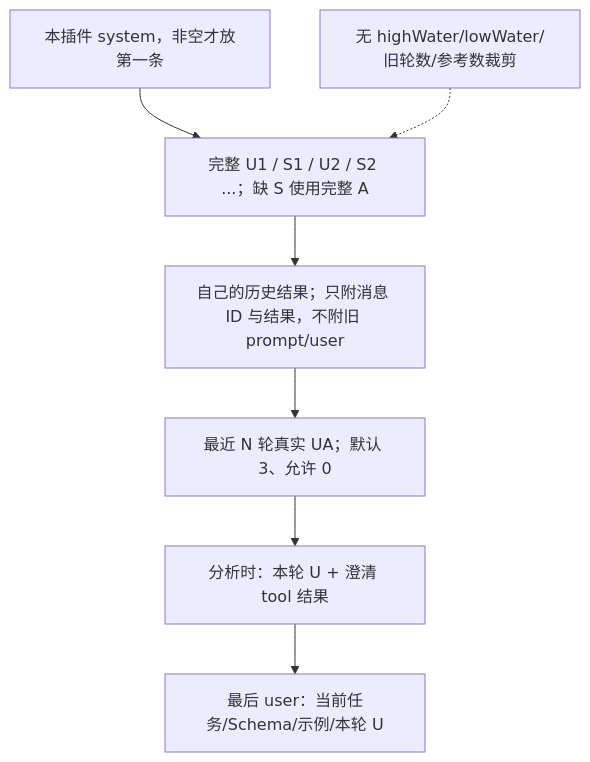
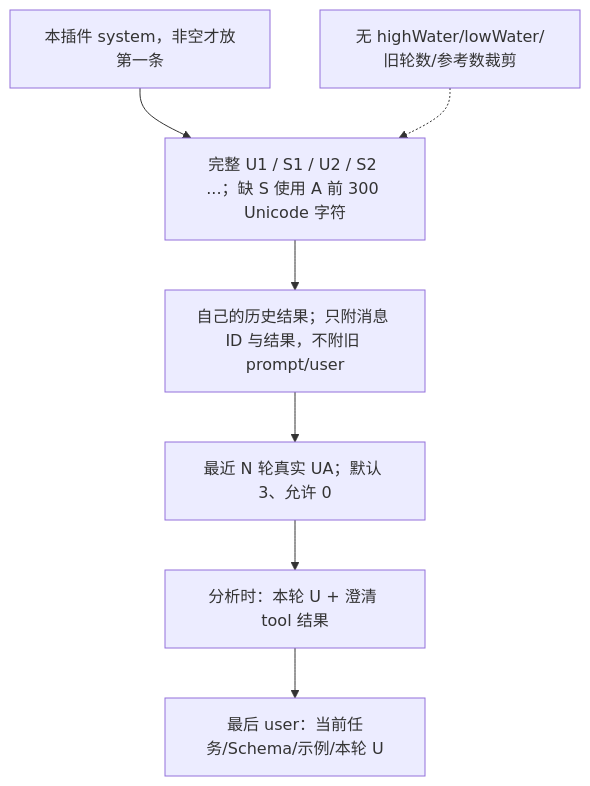
The first of 2 diagrams in docs/PLUGIN_CONTEXT.md (ccawmiku/workers-chat), drawn with Mermaid before and after one commit. The commit also changed other lines of this file and 32 other files, not shown here.

````diff
--- a/docs/PLUGIN_CONTEXT.md
+++ b/docs/PLUGIN_CONTEXT.md
@@ -15,9 +15,9 @@
 ```mermaid
 flowchart TD
-    S[本插件 system，非空才放第一条] --> H[完整 U1 / S1 / U2 / S2 ...；缺 S 使用完整 A]
+    S[本插件 system，非空才放第一条] --> H[完整 U1 / S1 / U2 / S2 ...；缺 S 使用 A 前 300 Unicode 字符]
     H --> R[自己的历史结果；只附消息 ID 与结果，不附旧 prompt/user]
     R --> Raw[最近 N 轮真实 UA；默认 3、允许 0]
     Raw --> C[分析时：本轮 U + 澄清 tool 结果]
     C --> T[最后 user：当前任务/Schema/示例/本轮 U]
     W[无 highWater/lowWater/旧轮数/参考数裁剪] -.-> H
 ```
````
